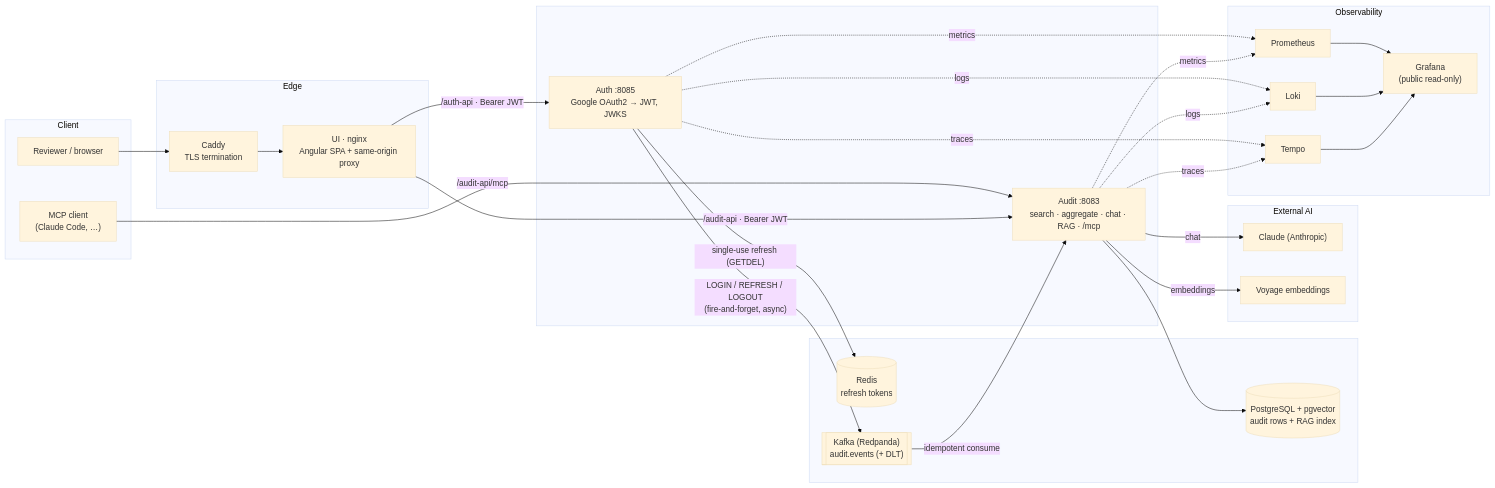
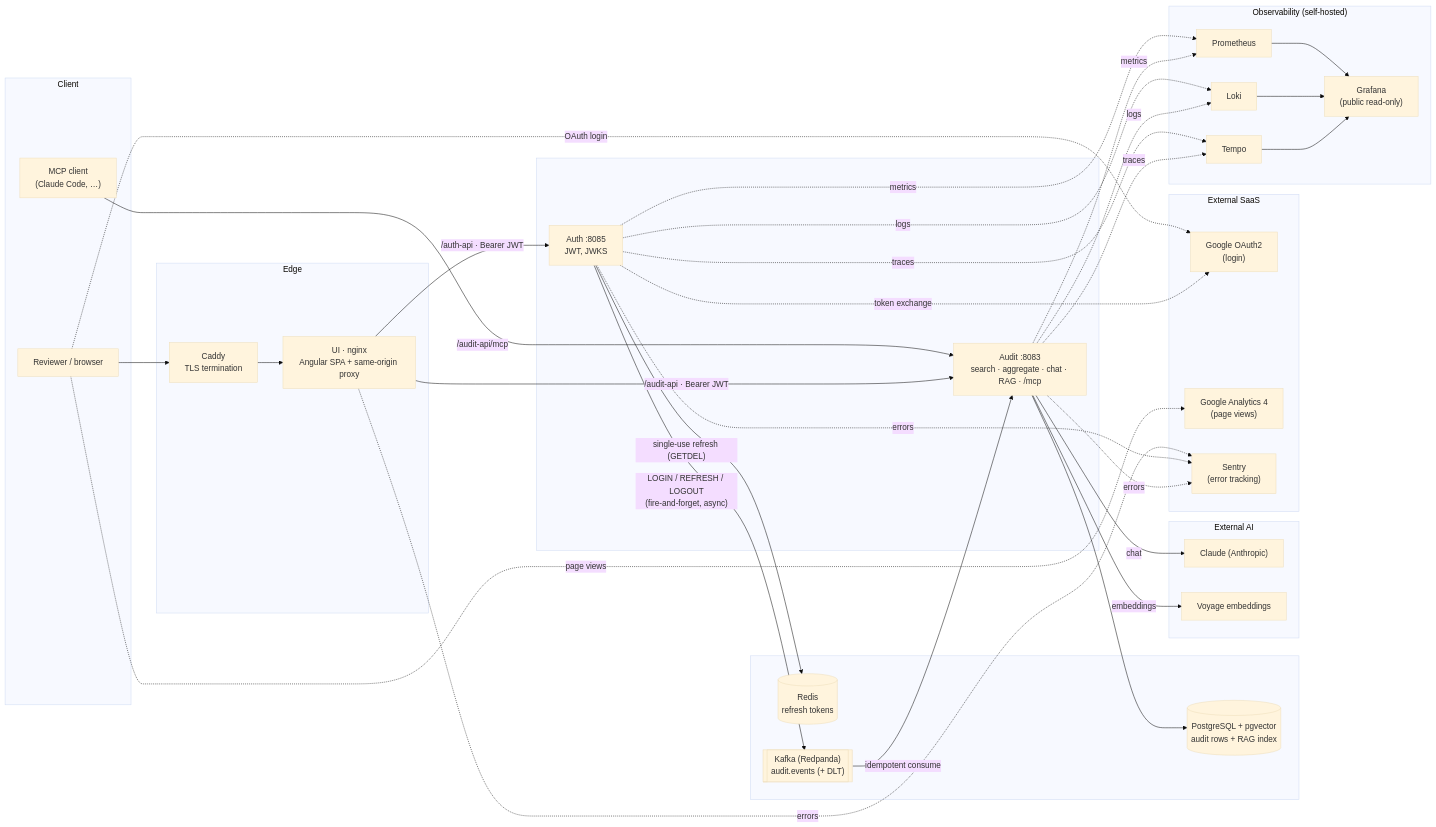
The diagram in README.md (sahilparekh1212/AI-Sandbox), drawn with Mermaid (base theme) before and after one commit. The commit also changed other lines of this file and 1 other file, not shown here.

First line of the commit message:
docs(readme): add Google OAuth2 / GA4 / Sentry to the architecture diagram + a CI/CD checks section

````diff
--- a/README.md
+++ b/README.md
@@ -35,50 +35,60 @@
 ```mermaid
 flowchart LR
     subgraph Client
         R["Reviewer / browser"]
         M["MCP client\n(Claude Code, …)"]
     end
 
     subgraph Edge
         Caddy["Caddy\nTLS termination"]
         UI["UI · nginx\nAngular SPA + same-origin proxy"]
     end
 
     subgraph Services[" "]
-        Auth["Auth :8085\nGoogle OAuth2 → JWT, JWKS"]
+        Auth["Auth :8085\nJWT, JWKS"]
         Audit["Audit :8083\nsearch · aggregate · chat · RAG · /mcp"]
     end
 
     subgraph Stateful[" "]
         Redis[("Redis\nrefresh tokens")]
         Kafka[["Kafka (Redpanda)\naudit.events (+ DLT)"]]
         PG[("PostgreSQL + pgvector\naudit rows + RAG index")]
     end
 
     subgraph AIExt["External AI"]
         Claude["Claude (Anthropic)"]
         Voyage["Voyage embeddings"]
     end
 
-    subgraph Observability
+    subgraph SaaS["External SaaS"]
+        OAuth["Google OAuth2\n(login)"]
+        GA4["Google Analytics 4\n(page views)"]
+        Sentry["Sentry\n(error tracking)"]
+    end
+
+    subgraph Observability["Observability (self-hosted)"]
         Prom[Prometheus]
         Loki[Loki]
         Tempo[Tempo]
         Graf["Grafana\n(public read-only)"]
     end
 
     R --> Caddy --> UI
     M -- "/audit-api/mcp" --> Audit
     UI -- "/auth-api · Bearer JWT" --> Auth
     UI -- "/audit-api · Bearer JWT" --> Audit
+    R -. page views .-> GA4
+    R -. OAuth login .-> OAuth
+    Auth -. token exchange .-> OAuth
     Auth -- "single-use refresh (GETDEL)" --> Redis
     Auth -- "LOGIN / REFRESH / LOGOUT\n(fire-and-forget, async)" --> Kafka
     Kafka -- "idempotent consume" --> Audit
     Audit --> PG
     Audit -- chat --> Claude
     Audit -- embeddings --> Voyage
+    UI & Auth & Audit -. errors .-> Sentry
     Auth & Audit -. metrics .-> Prom
     Auth & Audit -. logs .-> Loki
     Auth & Audit -. traces .-> Tempo
     Prom & Loki & Tempo --> Graf
 ```
````
